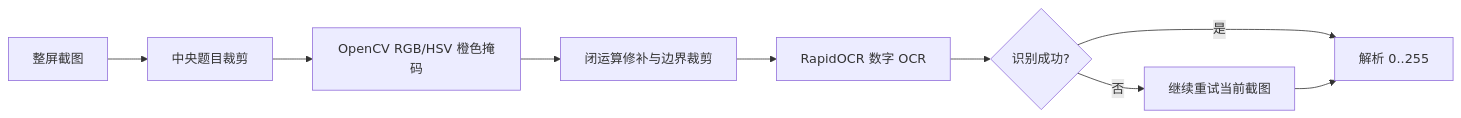
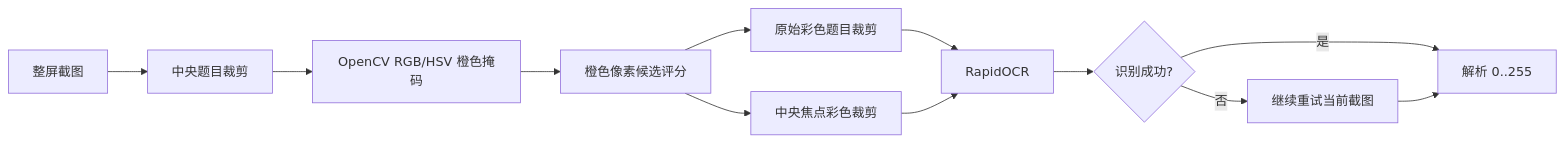
Before and after one commit to sinxy-sai/turing-complete-guide: the second of 2 diagrams in docs/binary-speedrun.md, drawn with Mermaid. The commit also changed other lines of this file and 9 other files, not shown here.

````diff
--- a/docs/binary-speedrun.md
+++ b/docs/binary-speedrun.md
@@ -87,11 +87,14 @@
 ```mermaid
 flowchart LR
     A[整屏截图] --> B[中央题目裁剪]
     B --> C[OpenCV RGB/HSV 橙色掩码]
-    C --> D[闭运算修补与边界裁剪]
-    D --> E[RapidOCR 数字 OCR]
-    E --> F{识别成功?}
-    F -- 否 --> G[继续重试当前截图]
-    F -- 是 --> H[解析 0..255]
-    G --> H
+    C --> D[橙色像素候选评分]
+    D --> E[原始彩色题目裁剪]
+    D --> F[中央焦点彩色裁剪]
+    E --> G[RapidOCR]
+    F --> G
+    G --> H{识别成功?}
+    H -- 否 --> I[继续重试当前截图]
+    H -- 是 --> J[解析 0..255]
+    I --> J
 ```
````
